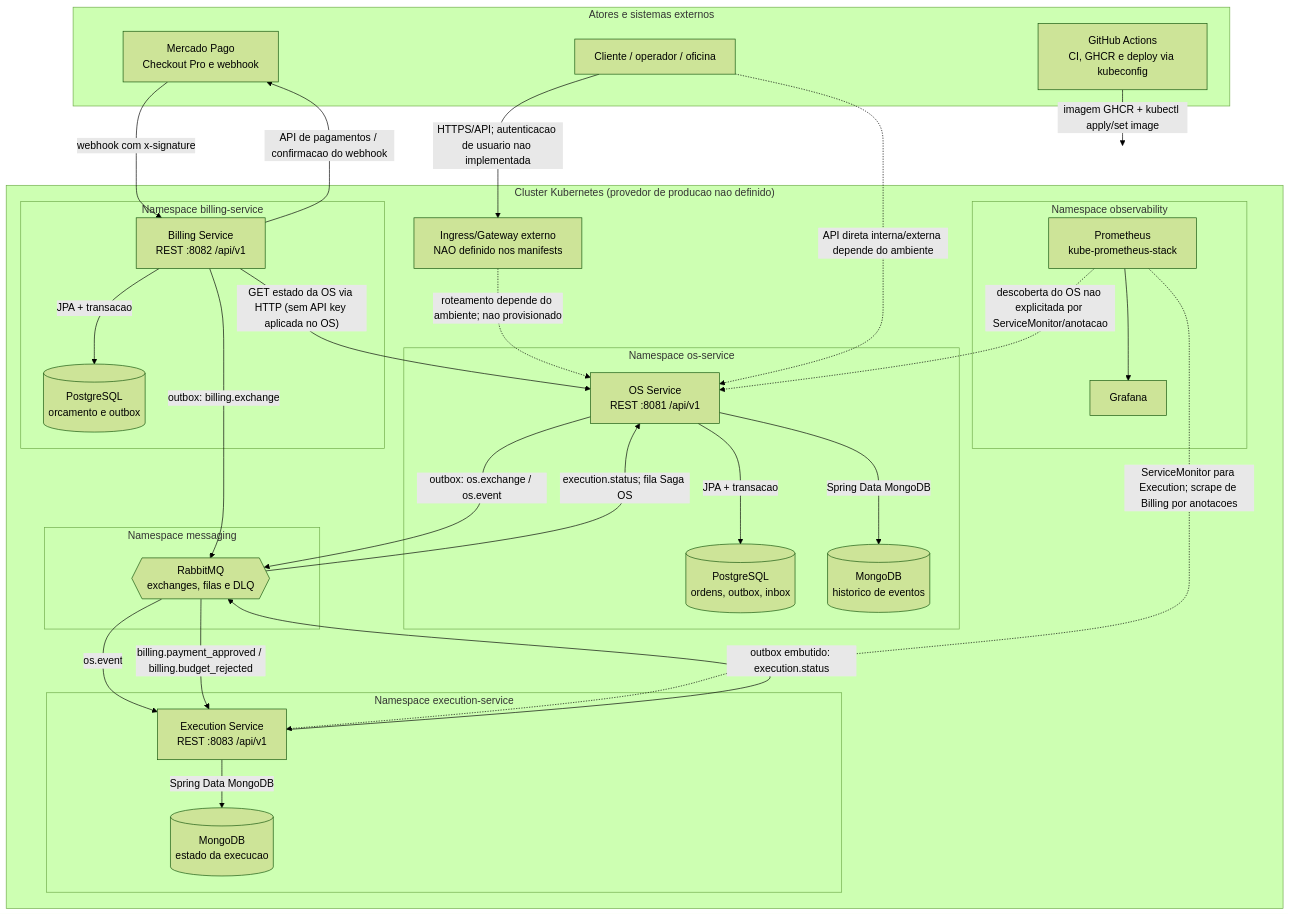
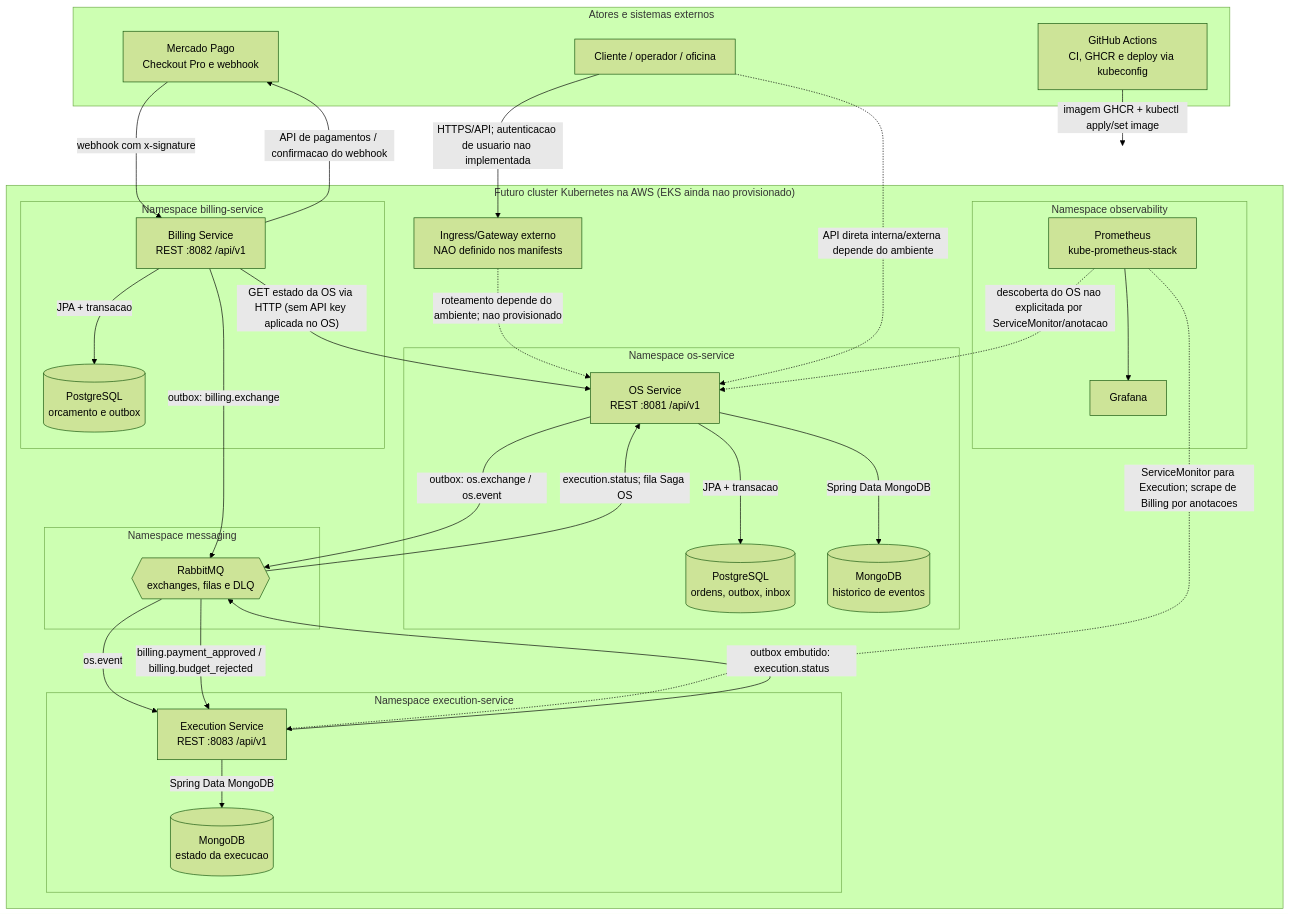
Before and after one commit to Michael-Santana/tech-challenge-infrastructure: the first of 3 diagrams in docs/architecture/architecture.md, drawn with Mermaid (forest theme). The commit also changed other lines of this file and 3 other files, not shown here.

````diff
--- a/docs/architecture/architecture.md
+++ b/docs/architecture/architecture.md
@@ -18,53 +19,53 @@
 ```mermaid
 flowchart TB
   subgraph users["Atores e sistemas externos"]
     Client["Cliente / operador / oficina"]
     MP["Mercado Pago<br/>Checkout Pro e webhook"]
     GH["GitHub Actions<br/>CI, GHCR e deploy via kubeconfig"]
   end
 
-  subgraph k8s["Cluster Kubernetes (provedor de producao nao definido)"]
+  subgraph k8s["Futuro cluster Kubernetes na AWS (EKS ainda nao provisionado)"]
     subgraph osns["Namespace os-service"]
       OSAPI["OS Service<br/>REST :8081 /api/v1"]
       OSPG[("PostgreSQL<br/>ordens, outbox, inbox")]
       OSMongo[("MongoDB<br/>historico de eventos")]
     end
     subgraph billns["Namespace billing-service"]
       BILL["Billing Service<br/>REST :8082 /api/v1"]
       BILLPG[("PostgreSQL<br/>orcamento e outbox")]
     end
     subgraph exns["Namespace execution-service"]
       EXEC["Execution Service<br/>REST :8083 /api/v1"]
       EXMongo[("MongoDB<br/>estado da execucao")]
     end
     subgraph msgns["Namespace messaging"]
       RMQ{{"RabbitMQ<br/>exchanges, filas e DLQ"}}
     end
     subgraph obsns["Namespace observability"]
       PROM["Prometheus<br/>kube-prometheus-stack"]
       GRAF["Grafana"]
     end
     INGRESS["Ingress/Gateway externo<br/>NAO definido nos manifests"]
   end
 
   Client -->|"HTTPS/API; autenticacao de usuario nao implementada"| INGRESS
   INGRESS -. "roteamento depende do ambiente; nao provisionado" .-> OSAPI
   Client -. "API direta interna/externa depende do ambiente" .-> OSAPI
   OSAPI -->|"JPA + transacao"| OSPG
   OSAPI -->|"Spring Data MongoDB"| OSMongo
   BILL -->|"JPA + transacao"| BILLPG
   EXEC -->|"Spring Data MongoDB"| EXMongo
   OSAPI -->|"outbox: os.exchange / os.event"| RMQ
   RMQ -->|"os.event"| EXEC
   BILL -->|"outbox: billing.exchange"| RMQ
   RMQ -->|"billing.payment_approved / billing.budget_rejected"| EXEC
   EXEC -->|"outbox embutido: execution.status"| RMQ
   RMQ -->|"execution.status; fila Saga OS"| OSAPI
   BILL -->|"GET estado da OS via HTTP (sem API key aplicada no OS)"| OSAPI
   BILL -->|"API de pagamentos / confirmacao do webhook"| MP
   MP -->|"webhook com x-signature"| BILL
   GH -->|"imagem GHCR + kubectl apply/set image"| k8s
   PROM -. "ServiceMonitor para Execution; scrape de Billing por anotacoes" .-> EXEC
   PROM -. "descoberta do OS nao explicitada por ServiceMonitor/anotacao" .-> OSAPI
   PROM --> GRAF
 ```
````
